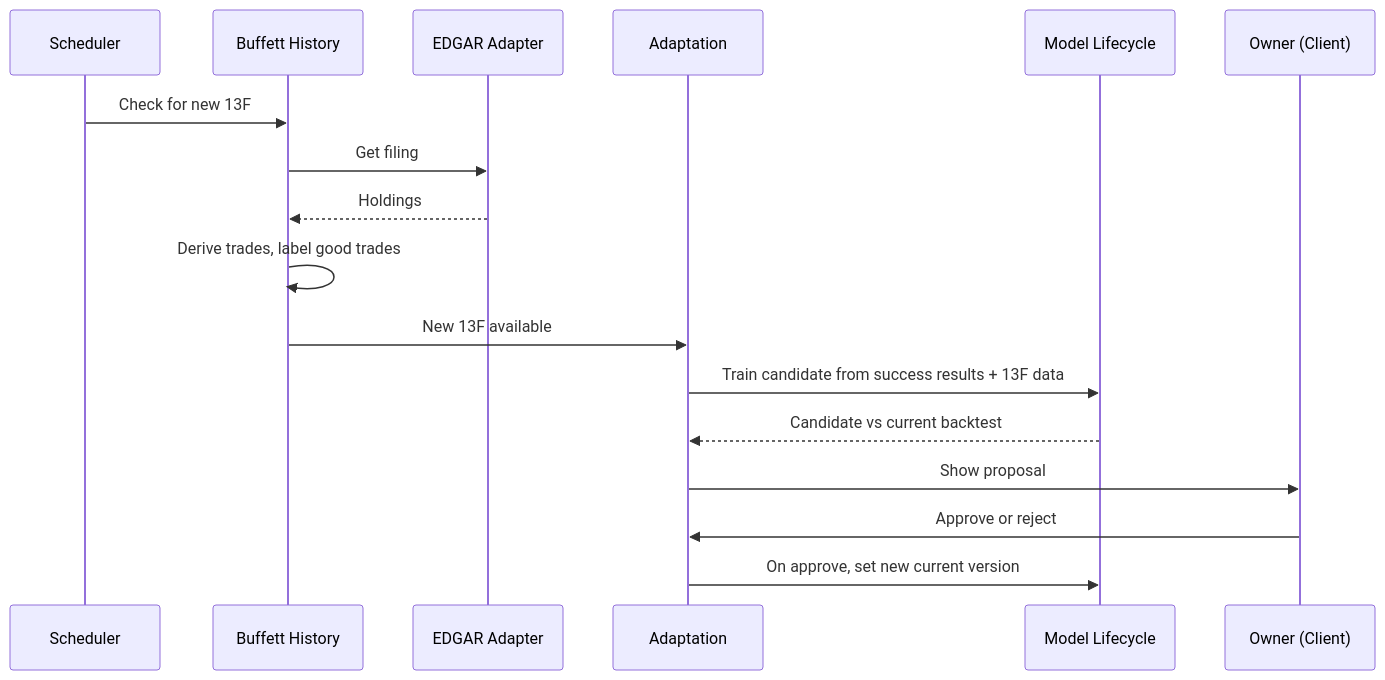
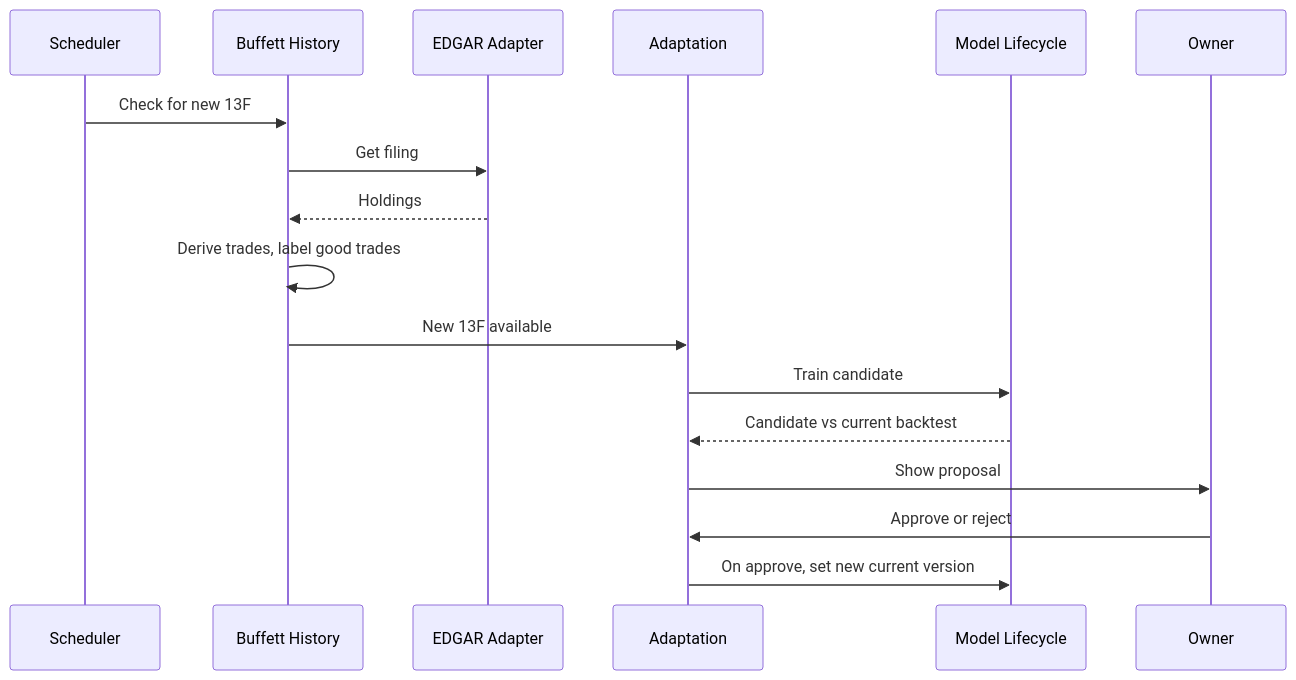
One commit to jmanico/oracle-buffet changed the third of 5 diagrams in ARCHITECTURE.md. Above: the diagram before and after it, drawn with Mermaid. The commit also changed other lines of this file and 1 other file, not shown here.

Commit message:
Resolve architecture open questions

````diff
--- a/ARCHITECTURE.md
+++ b/ARCHITECTURE.md
@@ -154,19 +150,19 @@
 ```mermaid
 sequenceDiagram
   participant S as Scheduler
   participant B as Buffett History
   participant E as EDGAR Adapter
   participant A as Adaptation
   participant L as Model Lifecycle
-  participant U as Owner (Client)
+  participant U as Owner
   S->>B: Check for new 13F
   B->>E: Get filing
   E-->>B: Holdings
   B->>B: Derive trades, label good trades
   B->>A: New 13F available
-  A->>L: Train candidate from success results + 13F data
+  A->>L: Train candidate
   L-->>A: Candidate vs current backtest
   A->>U: Show proposal
   U->>A: Approve or reject
   A->>L: On approve, set new current version
 ```
````
